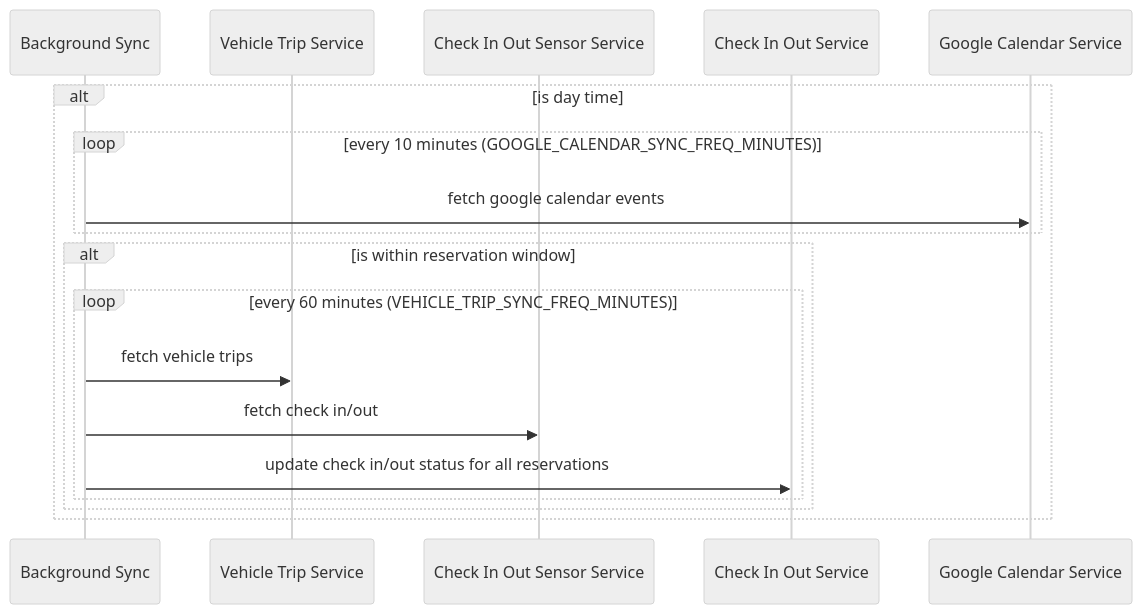
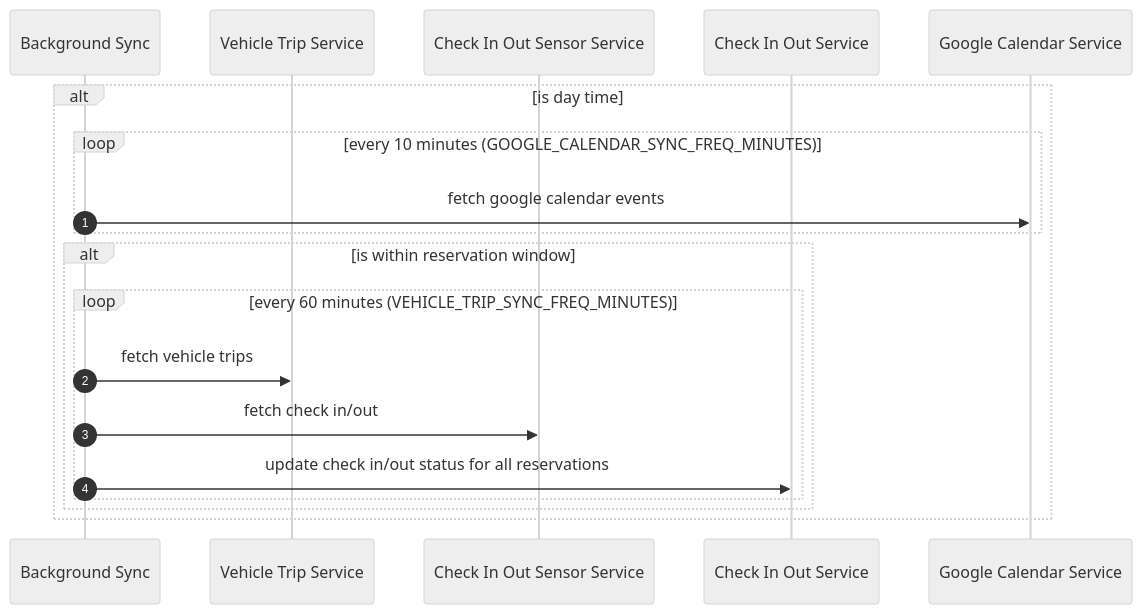
The second of 3 diagrams in docs/solution_architecture.md (ismarslomic/cabin-visits-kotlin), drawn with Mermaid (neutral theme) before and after one commit. The commit also changed other lines of this file, not shown here.

Commit message:
docs(architecture): add diagram for Google Calendar Service

````diff
--- a/docs/solution_architecture.md
+++ b/docs/solution_architecture.md
@@ -22,22 +23,23 @@
 ```mermaid
 sequenceDiagram
+    autonumber
     participant BackgroundSync as Background Sync
     participant VehicleTripService as Vehicle Trip Service
     participant CheckInOutSensorService as Check In Out Sensor Service
     participant CheckInOutService as Check In Out Service
     participant GoogleCalendarService as Google Calendar Service
 
     alt is day time
         loop every 10 minutes (GOOGLE_CALENDAR_SYNC_FREQ_MINUTES)
             BackgroundSync->>GoogleCalendarService: fetch google calendar events
         end
         
         alt is within reservation window
             loop every 60 minutes (VEHICLE_TRIP_SYNC_FREQ_MINUTES)
                 BackgroundSync->>VehicleTripService: fetch vehicle trips
                 BackgroundSync->>CheckInOutSensorService: fetch check in/out
                 BackgroundSync->>CheckInOutService: update check in/out status for all reservations
             end
         end
     end
 ```
````
